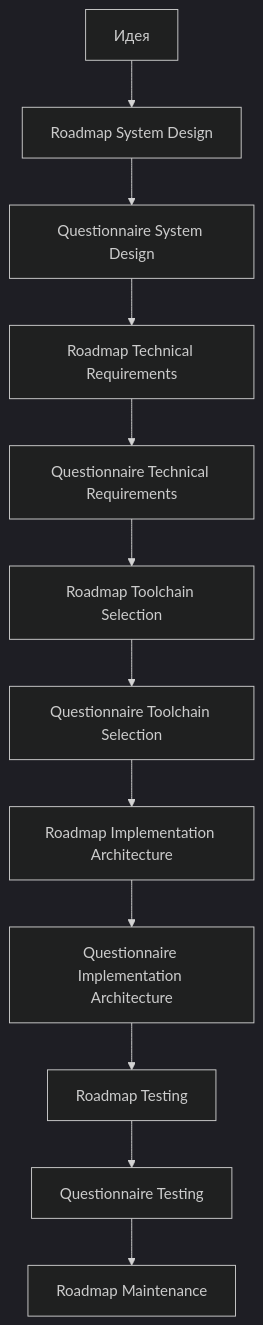
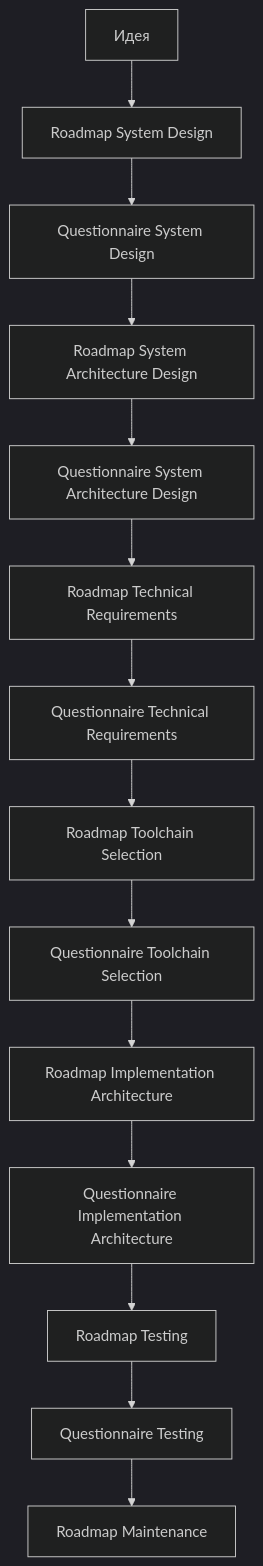
The second of 2 diagrams in docs/00_maps/Development_Route_Map.md (Mvil34998/Programming-Digital-Systems), drawn with Mermaid (dark theme) before and after one commit. The commit also changed other lines of this file, not shown here.

Commit message:
Add system architecture design to development route

````diff
--- a/docs/00_maps/Development_Route_Map.md
+++ b/docs/00_maps/Development_Route_Map.md
@@ -263,14 +293,16 @@
 ```mermaid
 flowchart TD
     A[Идея] --> R1[Roadmap System Design]
     R1 --> Q1[Questionnaire System Design]
-    Q1 --> R2[Roadmap Technical Requirements]
-    R2 --> Q2[Questionnaire Technical Requirements]
-    Q2 --> R3[Roadmap Toolchain Selection]
-    R3 --> Q3[Questionnaire Toolchain Selection]
-    Q3 --> R4[Roadmap Implementation Architecture]
-    R4 --> Q4[Questionnaire Implementation Architecture]
-    Q4 --> R5[Roadmap Testing]
-    R5 --> Q5[Questionnaire Testing]
-    Q5 --> R6[Roadmap Maintenance]
+    Q1 --> R2[Roadmap System Architecture Design]
+    R2 --> Q2[Questionnaire System Architecture Design]
+    Q2 --> R3[Roadmap Technical Requirements]
+    R3 --> Q3[Questionnaire Technical Requirements]
+    Q3 --> R4[Roadmap Toolchain Selection]
+    R4 --> Q4[Questionnaire Toolchain Selection]
+    Q4 --> R5[Roadmap Implementation Architecture]
+    R5 --> Q5[Questionnaire Implementation Architecture]
+    Q5 --> R6[Roadmap Testing]
+    R6 --> Q6[Questionnaire Testing]
+    Q6 --> R7[Roadmap Maintenance]
 ```
````
